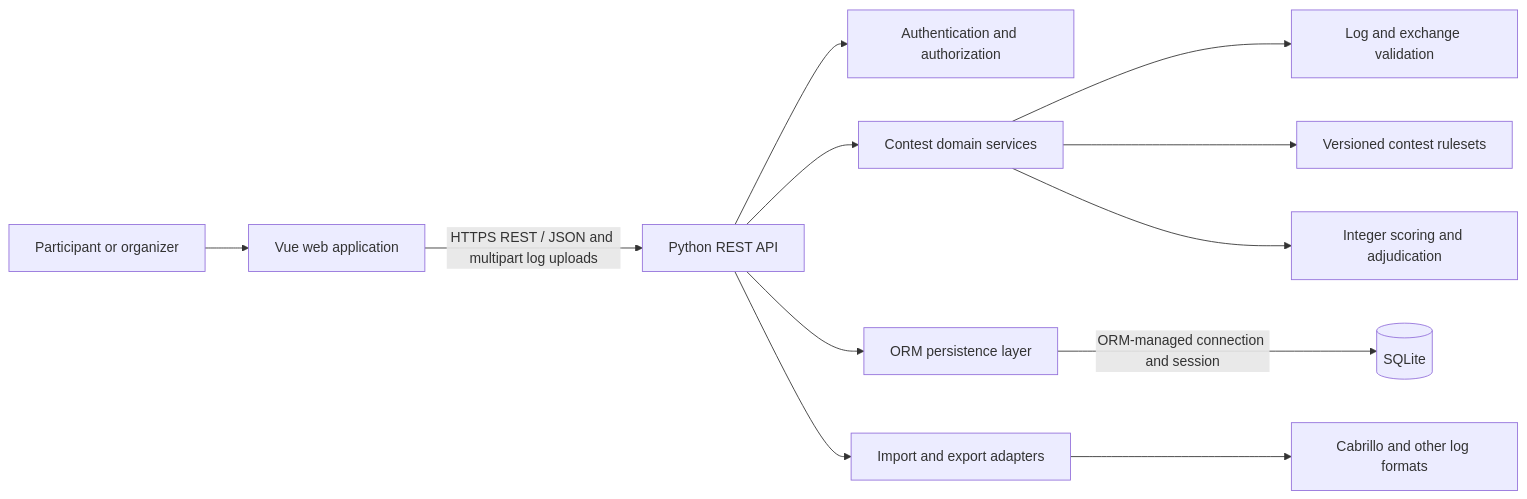
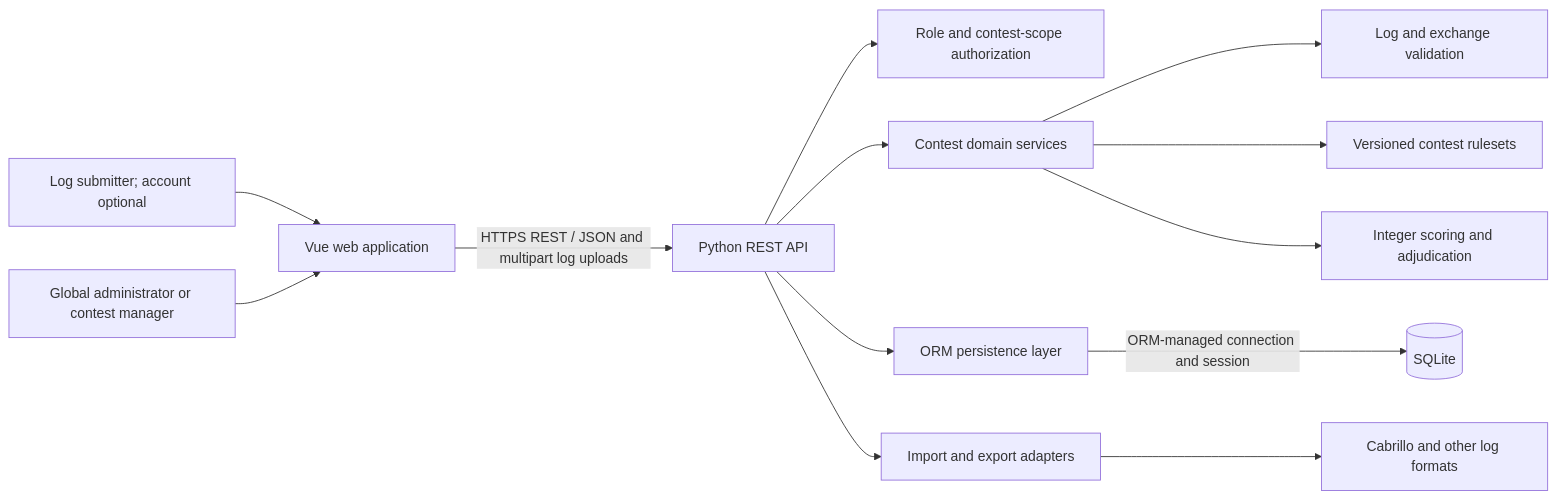
Before and after one commit to ea7klk/contestmaster: the first of 2 diagrams in documentation/README.md, drawn with Mermaid. The commit also changed other lines of this file, not shown here.

Commit message:
Document guest log submissions and system roles

````diff
--- a/documentation/README.md
+++ b/documentation/README.md
@@ -40,14 +48,15 @@
 ```mermaid
 flowchart LR
-    Person[Participant or organizer] --> Web[Vue web application]
+    Participant[Log submitter; account optional] --> Web[Vue web application]
+    PrivilegedUser[Global administrator or contest manager] --> Web
     Web -->|HTTPS REST / JSON and multipart log uploads| API[Python REST API]
-    API --> Auth[Authentication and authorization]
+    API --> Auth[Role and contest-scope authorization]
     API --> Domain[Contest domain services]
     Domain --> Validation[Log and exchange validation]
     Domain --> Rules[Versioned contest rulesets]
     Domain --> Scoring[Integer scoring and adjudication]
     API --> Store[ORM persistence layer]
     Store -->|ORM-managed connection and session| DB[(SQLite)]
     API --> Adapters[Import and export adapters]
     Adapters --> Formats[Cabrillo and other log formats]
 ```
````
